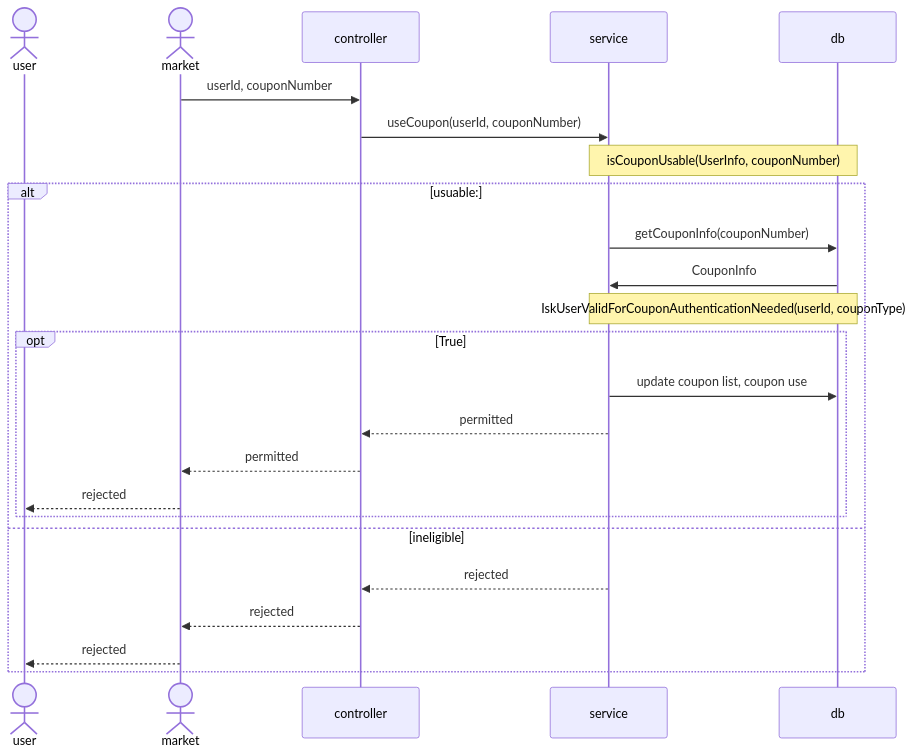
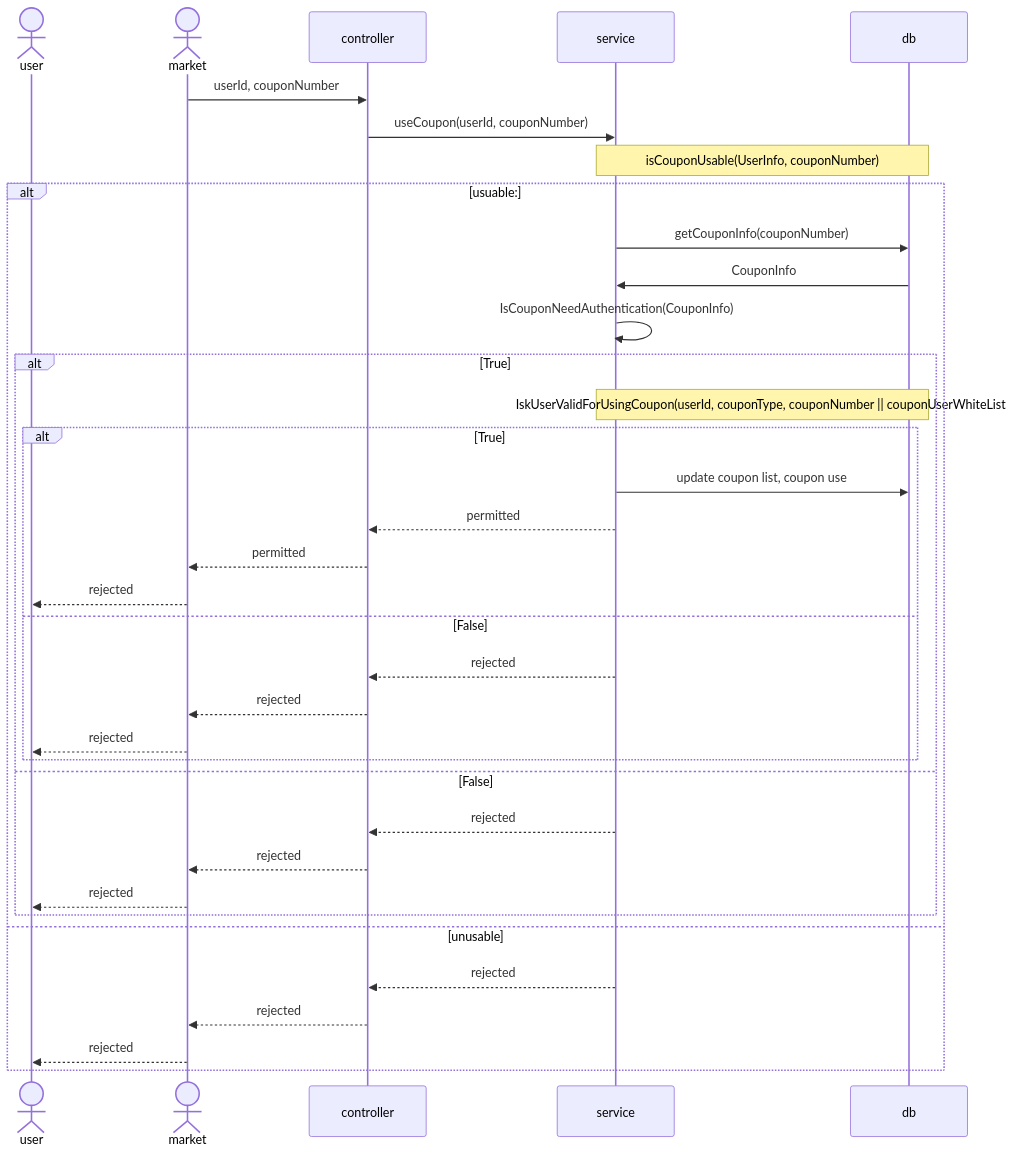
One commit to couponApiServerEconovation/couponApiServerMtak changed the fourth of 9 diagrams in sequence-diagram-phase-0.md. Above: the diagram before and after it, drawn with Mermaid. The commit also changed other lines of this file, not shown here.

````diff
--- a/sequence-diagram-phase-0.md
+++ b/sequence-diagram-phase-0.md
@@ -71,28 +71,38 @@
 ```mermaid
 sequenceDiagram
 actor user
 actor mk as market
 participant ctr as controller
 participant s as service
 participant db
 
-
 mk->>ctr: userId, couponNumber
 ctr->>s: useCoupon(userId, couponNumber)
 Note over s, db: isCouponUsable(UserInfo, couponNumber)
 alt usuable:
     s->>db: getCouponInfo(couponNumber)
     db->>s: CouponInfo
-    Note over s, db: IskUserValidForCouponAuthenticationNeeded(userId, couponType)
-    opt True
-        s->>db: update coupon list, coupon use
-        s-->>ctr: permitted
-        ctr-->>mk: permitted
+    s->>s: IsCouponNeedAuthentication(CouponInfo)
+    alt True
+        Note over s, db: IskUserValidForUsingCoupon(userId, couponType, couponNumber || couponUserWhiteList)
+        alt True
+          s->>db: update coupon list, coupon use
+          s-->>ctr: permitted
+          ctr-->>mk: permitted
+          mk-->>user: rejected
+        else False
+           s-->>ctr: rejected
+          ctr-->>mk: rejected
+          mk-->>user: rejected
+        end
+    else False
+        s-->>ctr: rejected
+        ctr-->>mk: rejected
         mk-->>user: rejected
     end
-    else ineligible
-    s-->>ctr: rejected
-    ctr-->>mk: rejected
-    mk-->>user: rejected
+else unusable
+s-->>ctr: rejected
+ctr-->>mk: rejected
+mk-->>user: rejected
 end
 ```
````
